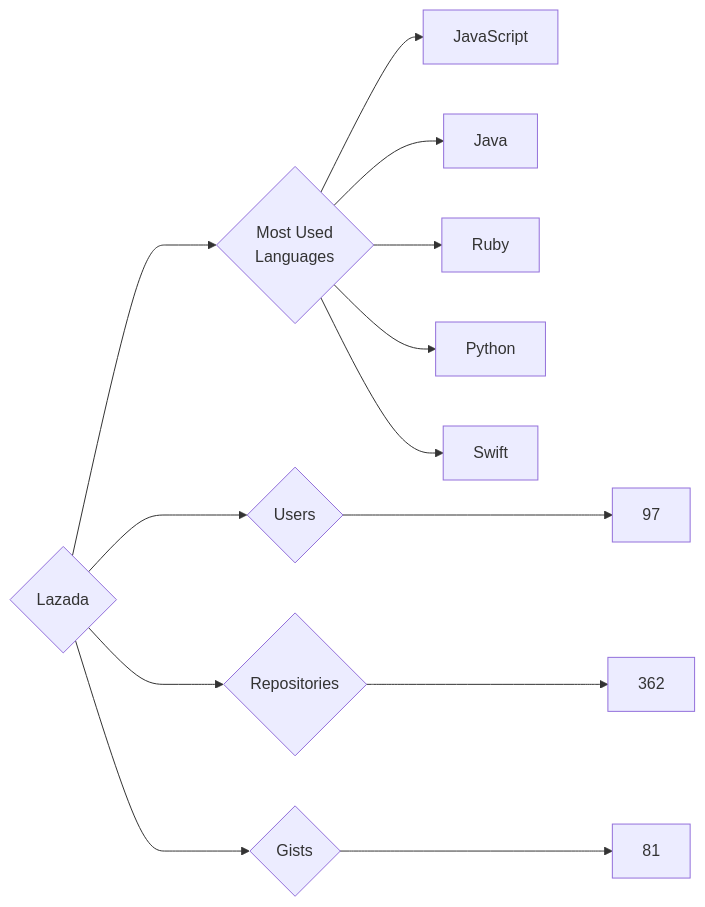
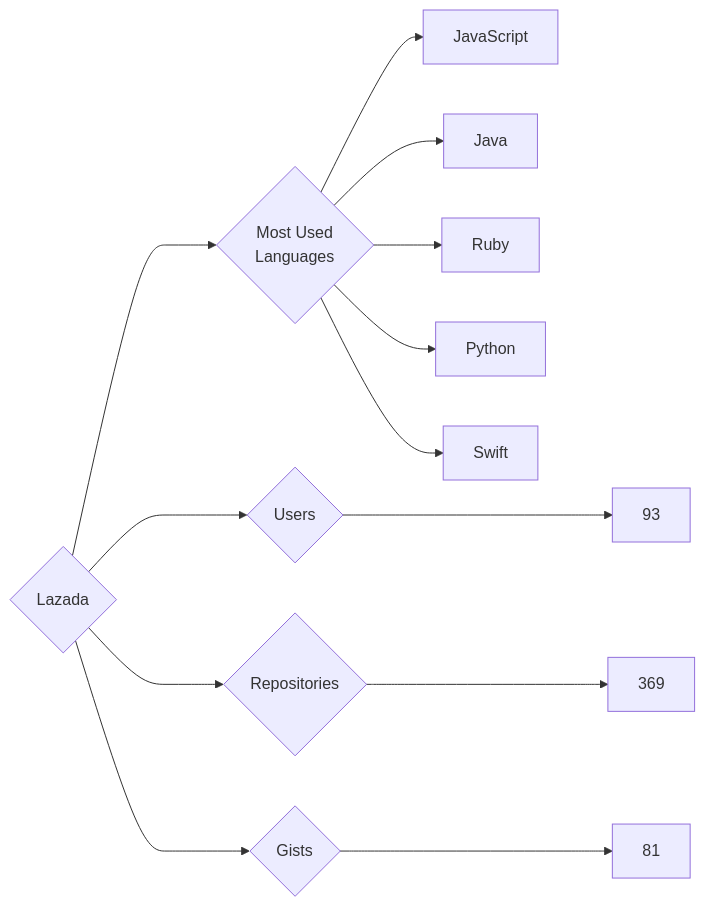
One commit to trickest/insiders changed the diagram in targets/Lazada/README.md. Above: the diagram before and after it, drawn with Mermaid. The commit also changed 1484 other files, not shown here.

````diff
--- a/targets/Lazada/README.md
+++ b/targets/Lazada/README.md
@@ -3,13 +3,13 @@
 ```mermaid
 graph LR
 COMPANY_NAME{Lazada}
-COMPANY_NAME ---> U{Users} ---> UN[97]
-COMPANY_NAME ---> R{Repositories} ---> RN[362]
+COMPANY_NAME ---> U{Users} ---> UN[93]
+COMPANY_NAME ---> R{Repositories} ---> RN[369]
 COMPANY_NAME ---> G{Gists} ---> GN[81]
 COMPANY_NAME ---> ML{Most Used<br>Languages}
 ML --> JavaScript[JavaScript]
 ML --> Java[Java]
 ML --> Ruby[Ruby]
 ML --> Python[Python]
 ML --> Swift[Swift]
 ```
````
